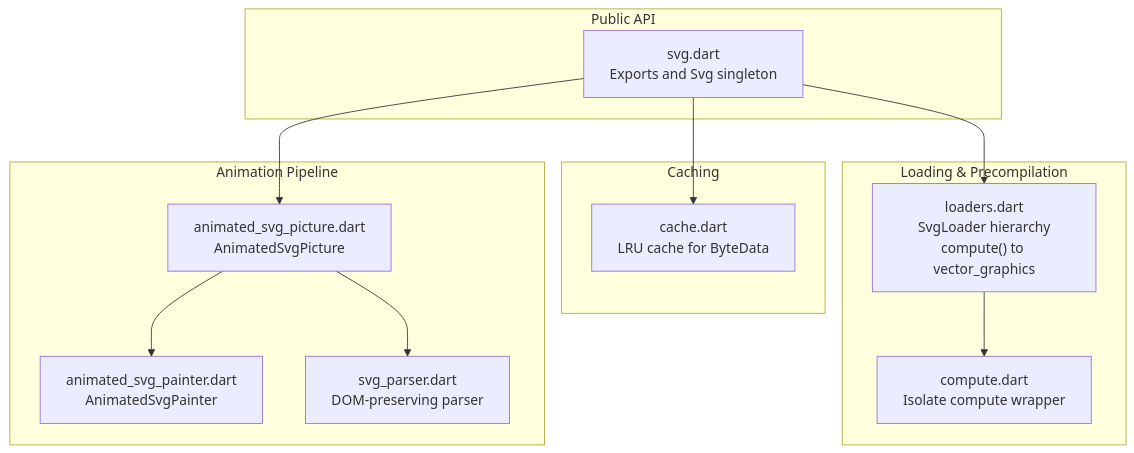
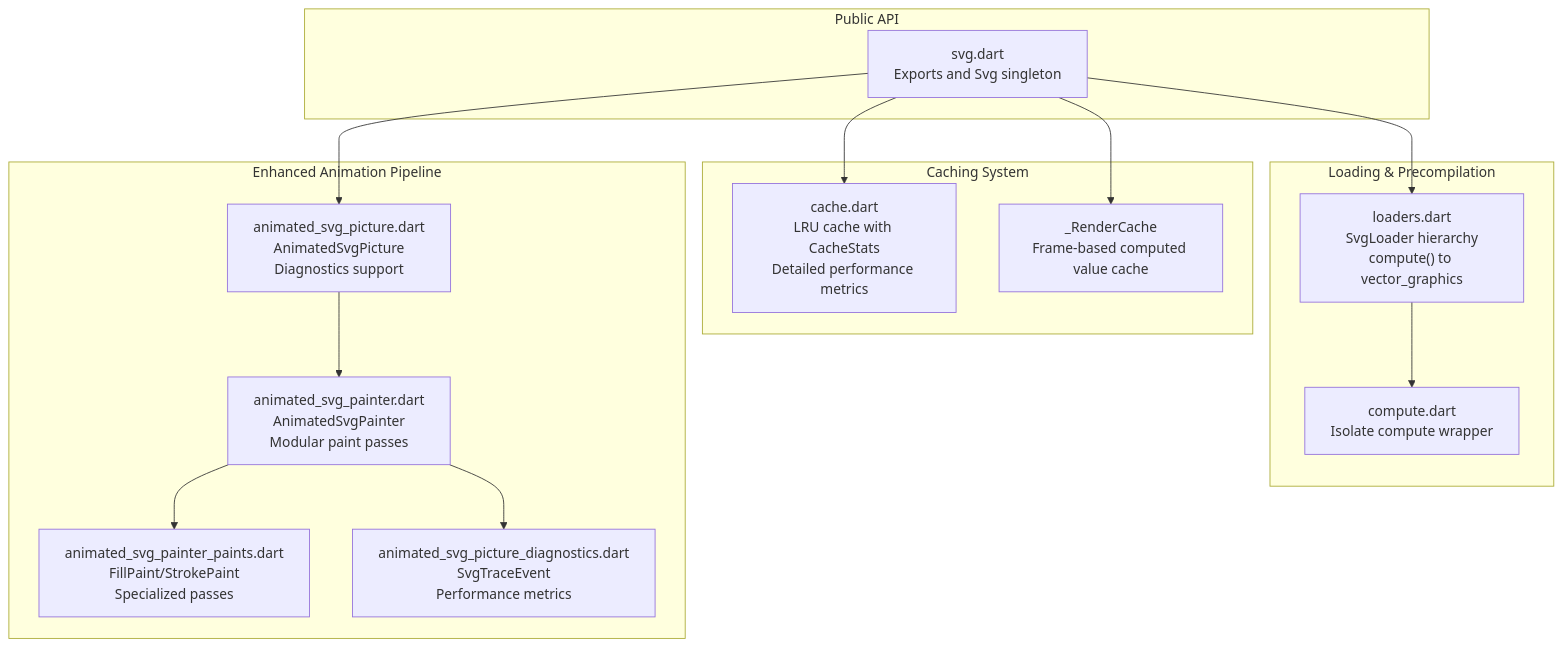
The first of 12 diagrams in .qoder/repowiki/en/content/Static SVG Rendering/Performance Optimization.md (denisnadey/flutter_full_svg_support), drawn with Mermaid before and after one commit. The commit also changed other lines of this file and 65 other files, not shown here.

First line of the commit message:
refactor(animation): modularize AnimatedSvgPainter and enhance caching

````diff
--- a/.qoder/repowiki/en/content/Static SVG Rendering/Performance Optimization.md
+++ b/.qoder/repowiki/en/content/Static SVG Rendering/Performance Optimization.md
@@ -48,24 +55,28 @@
 ```mermaid
 graph TB
 subgraph "Public API"
 A["svg.dart<br/>Exports and Svg singleton"]
 end
-subgraph "Caching"
-B["cache.dart<br/>LRU cache for ByteData"]
+subgraph "Caching System"
+B["cache.dart<br/>LRU cache with CacheStats<br/>Detailed performance metrics"]
+C["_RenderCache<br/>Frame-based computed value cache"]
 end
 subgraph "Loading & Precompilation"
-C["loaders.dart<br/>SvgLoader hierarchy<br/>compute() to vector_graphics"]
-D["compute.dart<br/>Isolate compute wrapper"]
+D["loaders.dart<br/>SvgLoader hierarchy<br/>compute() to vector_graphics"]
+E["compute.dart<br/>Isolate compute wrapper"]
 end
-subgraph "Animation Pipeline"
-E["animated_svg_picture.dart<br/>AnimatedSvgPicture"]
-F["animated_svg_painter.dart<br/>AnimatedSvgPainter"]
-G["svg_parser.dart<br/>DOM-preserving parser"]
+subgraph "Enhanced Animation Pipeline"
+F["animated_svg_picture.dart<br/>AnimatedSvgPicture<br/>Diagnostics support"]
+G["animated_svg_painter.dart<br/>AnimatedSvgPainter<br/>Modular paint passes"]
+H["animated_svg_painter_paints.dart<br/>FillPaint/StrokePaint<br/>Specialized passes"]
+I["animated_svg_picture_diagnostics.dart<br/>SvgTraceEvent<br/>Performance metrics"]
 end
 A --> B
 A --> C
-C --> D
-A --> E
-E --> F
-E --> G
+A --> D
+D --> E
+A --> F
+F --> G
+G --> H
+G --> I
 ```
````
